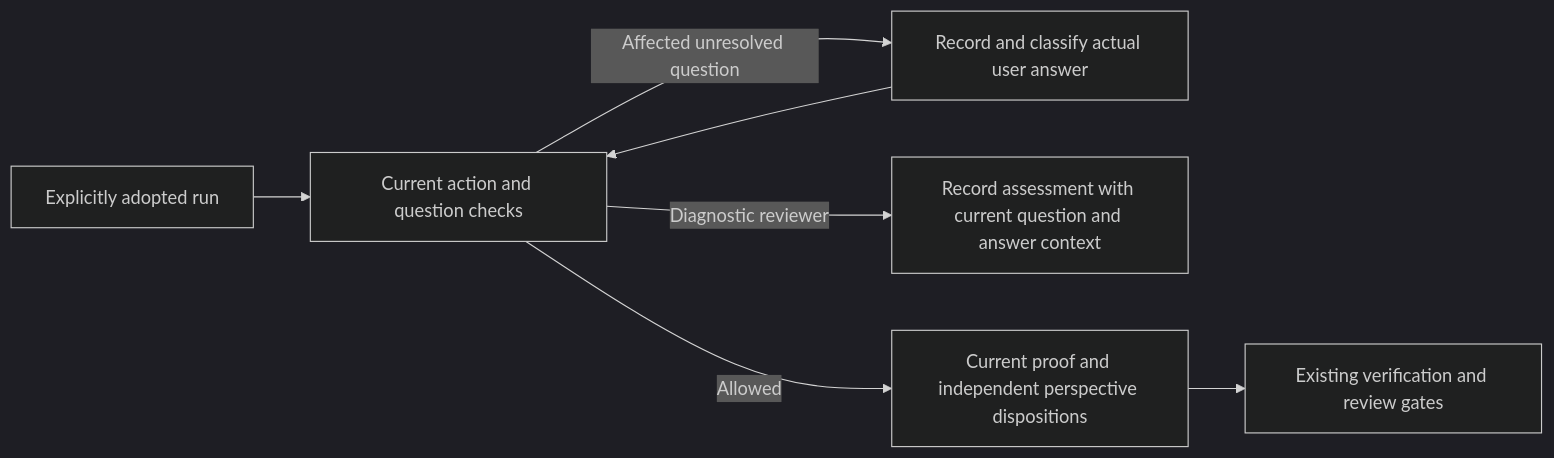
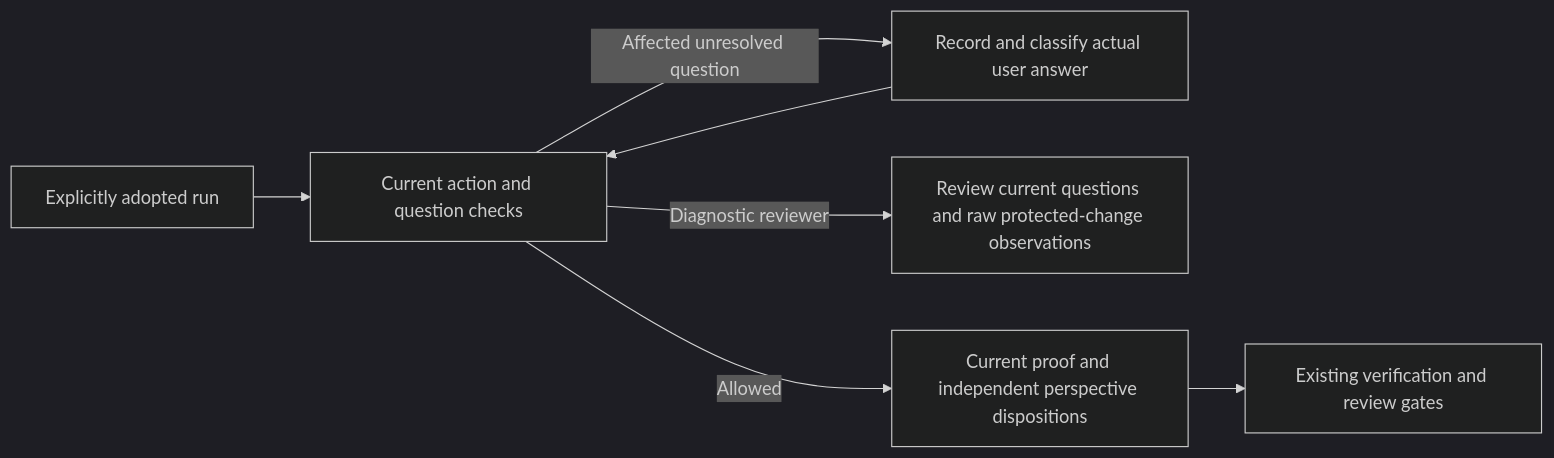
The diagram in skills/review-work/GUIDE.md (wgentil/devflow), drawn with Mermaid (dark theme) before and after one commit. The commit also changed other lines of this file and 28 other files, not shown here.

````diff
--- a/skills/review-work/GUIDE.md
+++ b/skills/review-work/GUIDE.md
@@ -214,9 +214,9 @@
 ```mermaid
 flowchart LR
     Adopt[Explicitly adopted run] --> Check[Current action and question checks]
     Check -->|Affected unresolved question| Ask[Record and classify actual user answer]
     Ask --> Check
-    Check -->|Diagnostic reviewer| Assess[Record assessment with current question and answer context]
+    Check -->|Diagnostic reviewer| Assess[Review current questions and raw protected-change observations]
     Check -->|Allowed| Closure[Current proof and independent perspective dispositions]
     Closure --> Existing[Existing verification and review gates]
 ```
````
